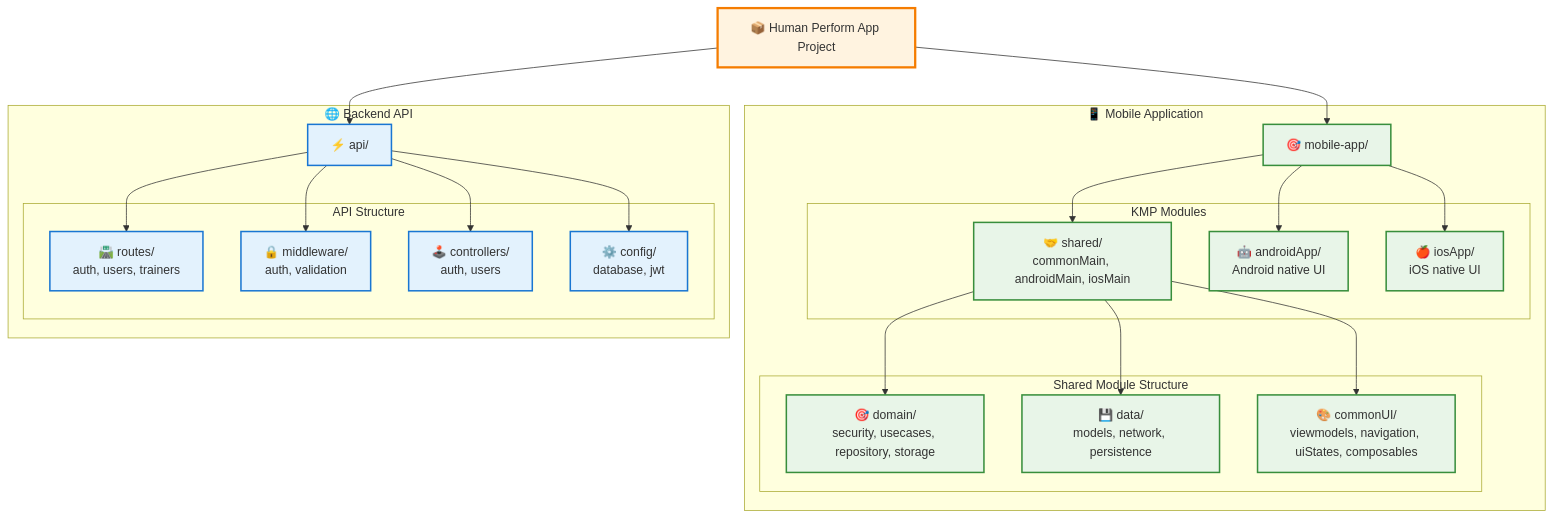
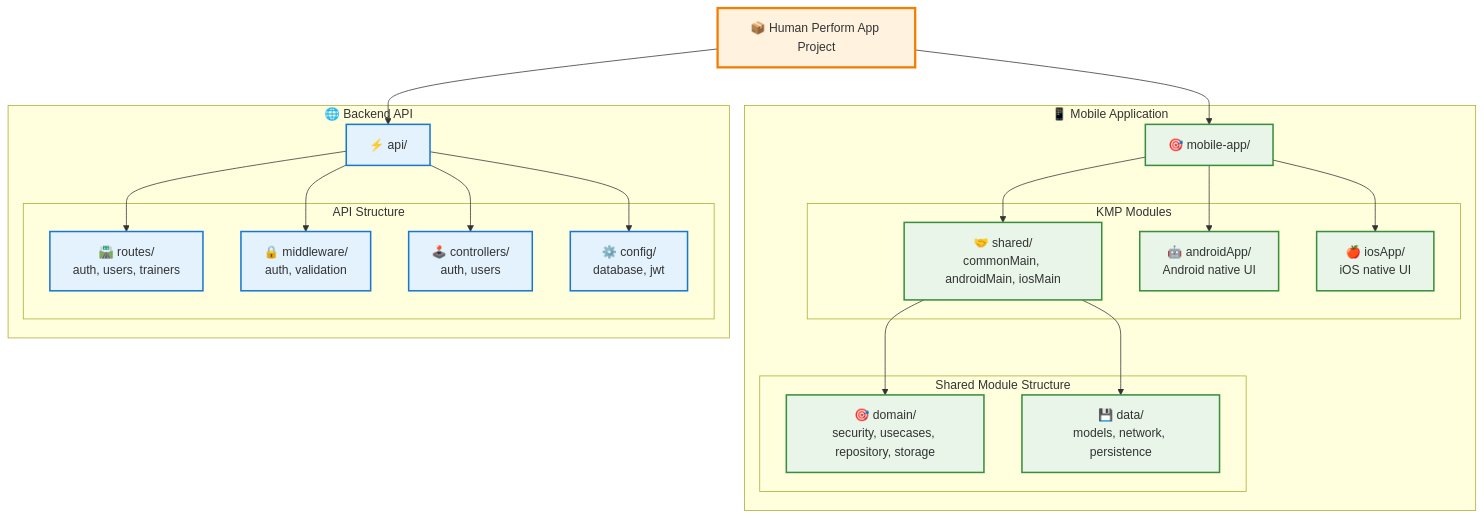
Before and after one commit to asobrados03/HumanPerformMobileApp: the fifth of 5 diagrams in README.md, drawn with Mermaid.

````diff
--- a/README.md
+++ b/README.md
@@ -236,53 +236,51 @@
 ```mermaid
 graph TD
     ROOT[📦 Human Perform App Project]
     
     subgraph "📱 Mobile Application"
         MOBILE[🎯 mobile-app/]
         
         subgraph "KMP Modules"
             SHARED[🤝 shared/<br/>commonMain, androidMain, iosMain]
             ANDROID[🤖 androidApp/<br/>Android native UI]
             IOS[🍎 iosApp/<br/>iOS native UI]
         end
         
         subgraph "Shared Module Structure"
             DOMAIN_MOD[🎯 domain/<br/>security, usecases, repository, storage]
             DATA_MOD[💾 data/<br/>models, network, persistence]
-            COMMON_UI_MOD[🎨 commonUI/<br/>viewmodels, navigation, uiStates, composables]
         end
     end
     
     subgraph "🌐 Backend API"
         API_ROOT[⚡ api/]
         
         subgraph "API Structure"
             ROUTES[🛣️ routes/<br/>auth, users, trainers]
             MIDDLEWARE[🔒 middleware/<br/>auth, validation]
             CONTROLLERS[🕹️ controllers/<br/>auth, users]
             CONFIG[⚙️ config/<br/>database, jwt]
         end
     end
     
     ROOT --> MOBILE
     ROOT --> API_ROOT
     MOBILE --> SHARED
     MOBILE --> ANDROID
     MOBILE --> IOS
     SHARED --> DOMAIN_MOD
     SHARED --> DATA_MOD  
-    SHARED --> COMMON_UI_MOD
     API_ROOT --> ROUTES
     API_ROOT --> MIDDLEWARE
     API_ROOT --> CONTROLLERS
     API_ROOT --> CONFIG
     
     classDef rootStyle fill:#fff3e0,stroke:#f57c00,stroke-width:3px
     classDef mobileStyle fill:#e8f5e8,stroke:#388e3c,stroke-width:2px
     classDef backendStyle fill:#e3f2fd,stroke:#1976d2,stroke-width:2px
     classDef moduleStyle fill:#fce4ec,stroke:#c2185b,stroke-width:1px
     
     class ROOT rootStyle
-    class MOBILE,SHARED,ANDROID,IOS,DOMAIN_MOD,DATA_MOD,COMMON_UI_MOD mobileStyle
+    class MOBILE,SHARED,ANDROID,IOS,DOMAIN_MOD,DATA_MOD mobileStyle
     class API_ROOT,ROUTES,MIDDLEWARE,CONTROLLERS,CONFIG backendStyle
 ```
````
